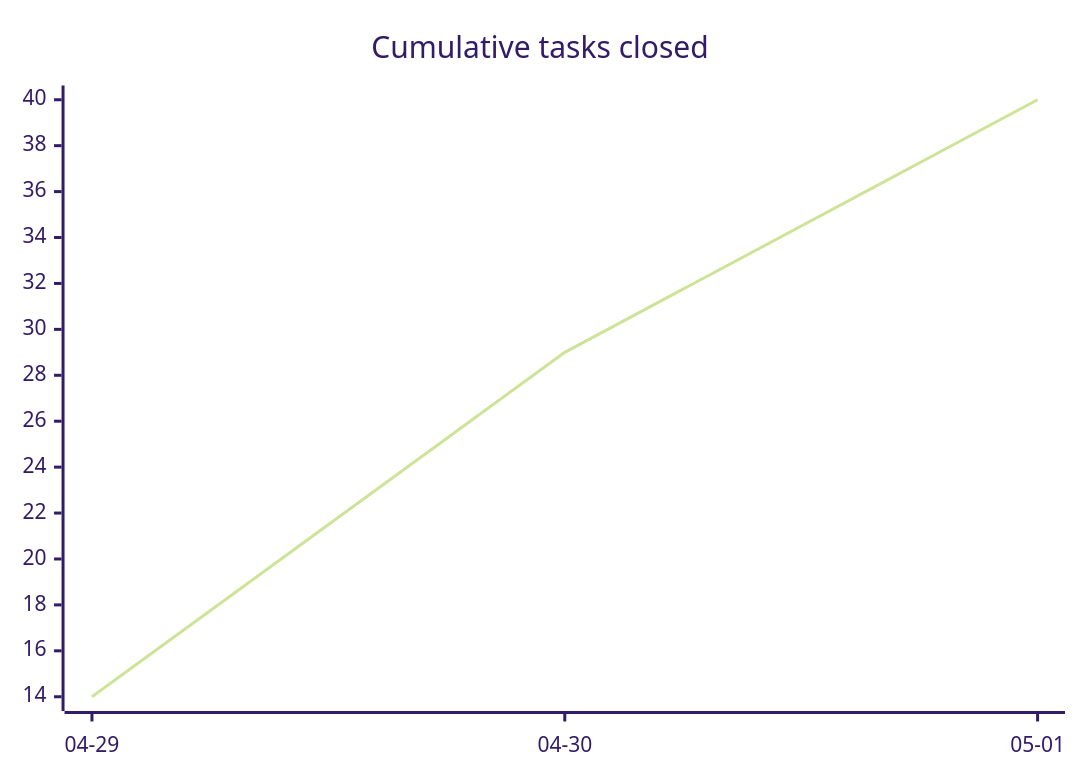
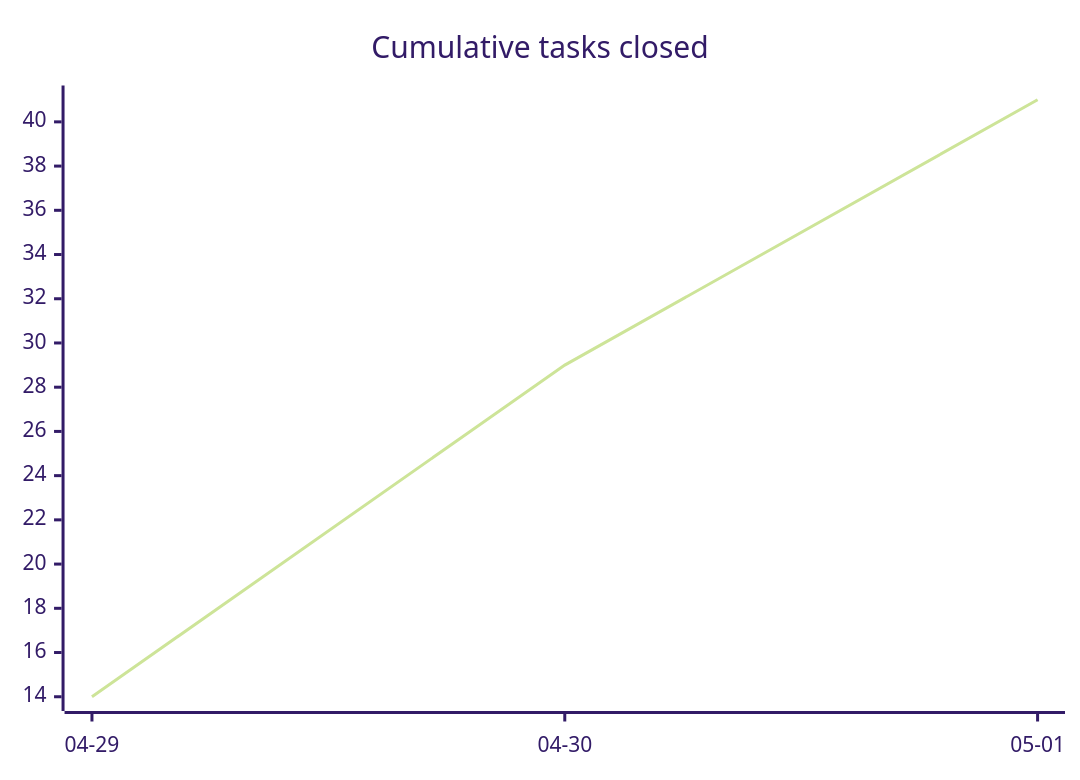
The first of 3 diagrams in docs/developers/tasks/OVERVIEW.md (tgd1975/AwesomeStudioPedal), drawn with Mermaid (forest theme) before and after one commit. The commit also changed other lines of this file and 9 other files, not shown here.

````diff
--- a/docs/developers/tasks/OVERVIEW.md
+++ b/docs/developers/tasks/OVERVIEW.md
@@ -22,6 +22,6 @@
 ```mermaid
 xychart-beta
     title "Cumulative tasks closed"
     x-axis ["04-29", "04-30", "05-01"]
-    line [14, 29, 40]
+    line [14, 29, 41]
 ```
````
